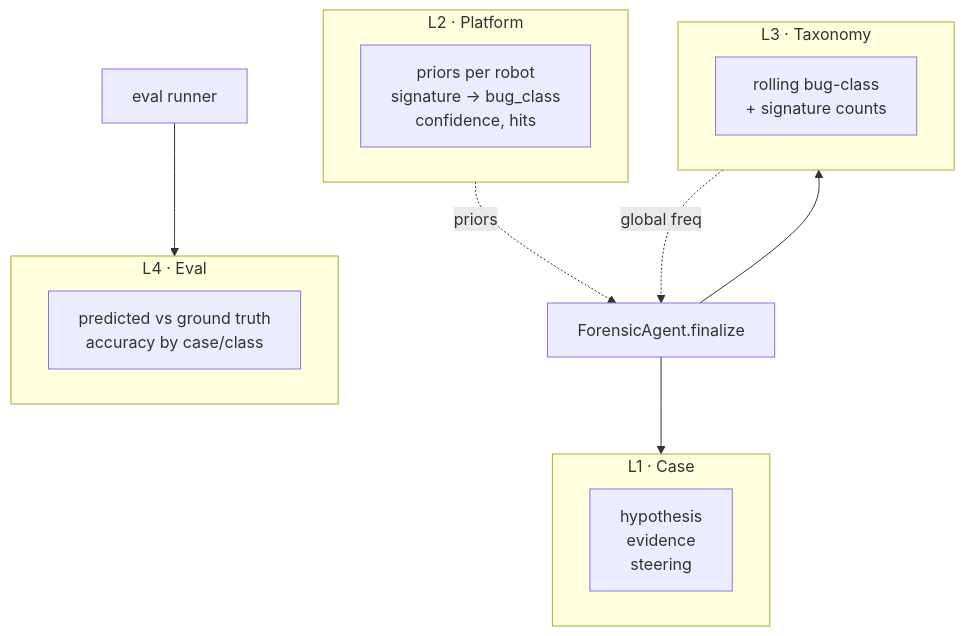
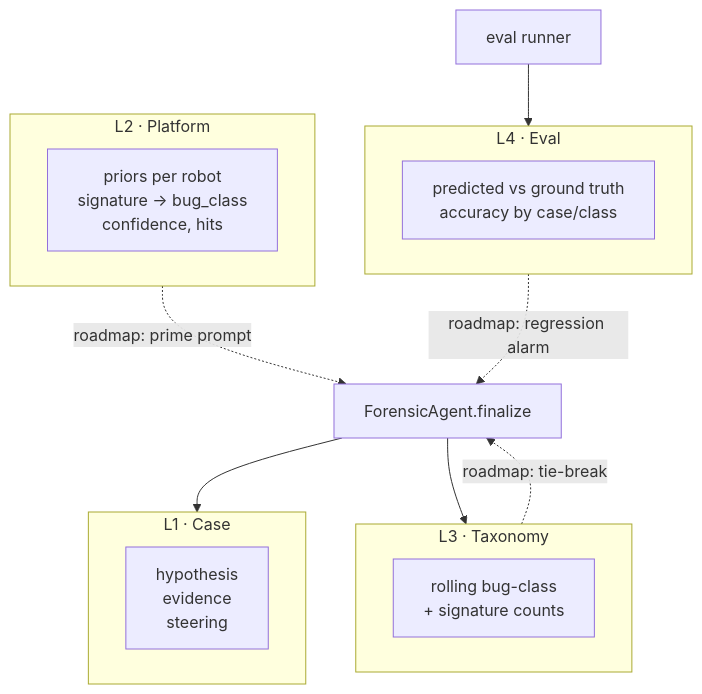
Before and after one commit to LucasErcolano/BlackBox: the fifth of 7 diagrams in README.md, drawn with Mermaid. The commit also changed other lines of this file, not shown here.

````diff
--- a/README.md
+++ b/README.md
@@ -140,21 +184,23 @@
 ```mermaid
 flowchart TB
     subgraph L1[L1 · Case]
         C1[hypothesis<br/>evidence<br/>steering]
     end
     subgraph L2[L2 · Platform]
         P1[priors per robot<br/>signature -> bug_class<br/>confidence, hits]
     end
     subgraph L3[L3 · Taxonomy]
         T1[rolling bug-class<br/>+ signature counts]
     end
     subgraph L4[L4 · Eval]
         E1[predicted vs ground truth<br/>accuracy by case/class]
     end
 
     FA[ForensicAgent.finalize] --> L1
     FA --> L3
     BENCH[eval runner] --> L4
-    L2 -.priors.-> FA
-    L3 -.global freq.-> FA
+
+    L2 -. roadmap: prime prompt .-> FA
+    L3 -. roadmap: tie-break .-> FA
+    L4 -. roadmap: regression alarm .-> FA
 ```
````
